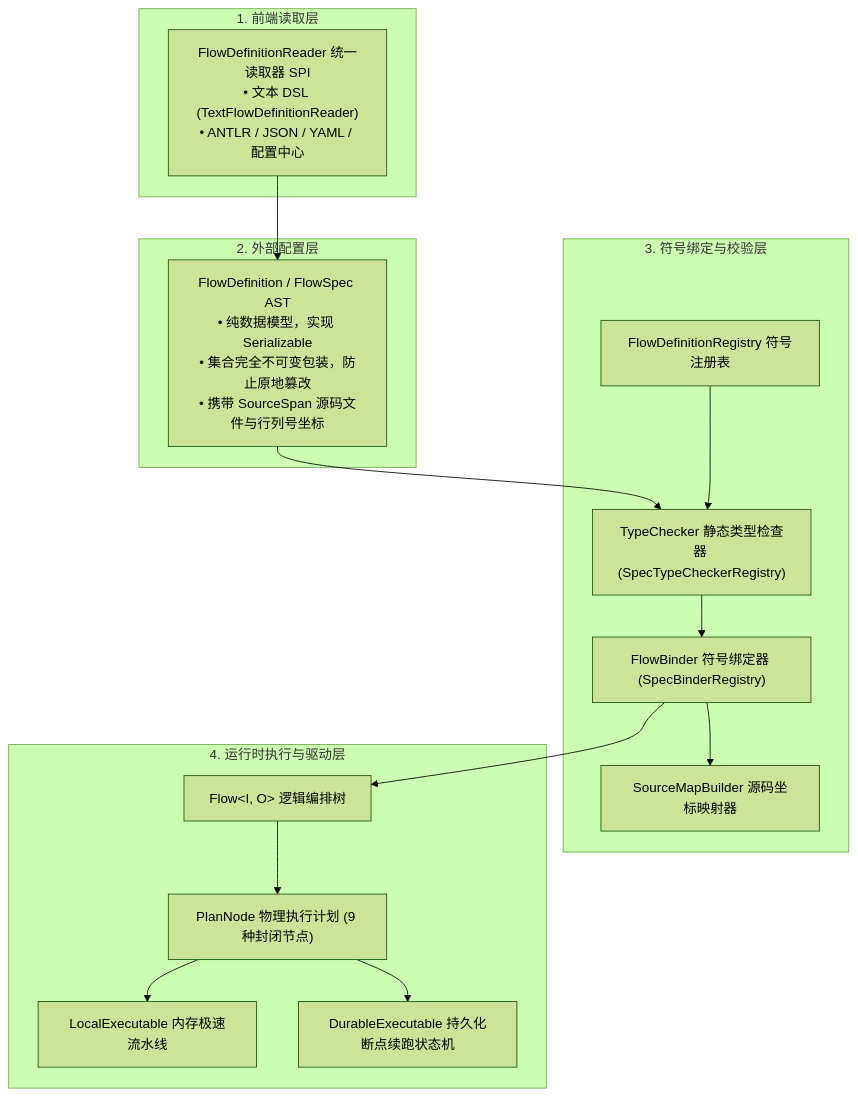
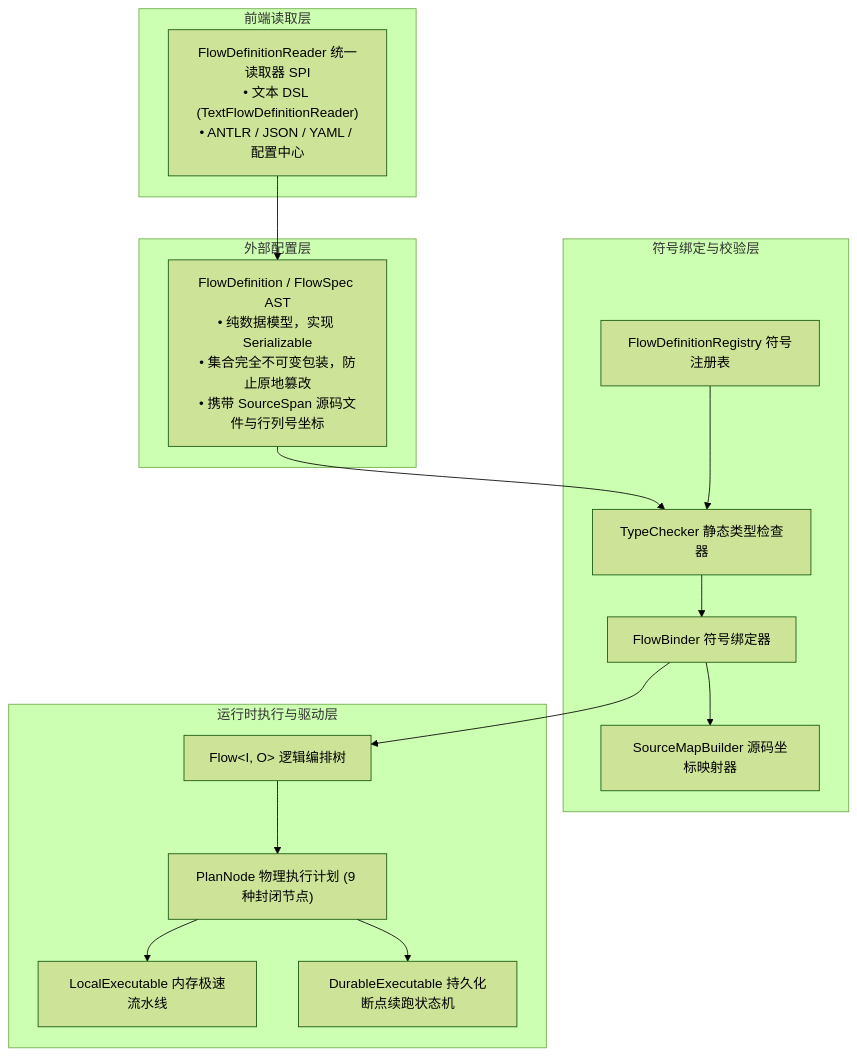
One commit to team4u/team4u-framework changed the second of 4 diagrams in docs/flow/flow-definition.md. Above: the diagram before and after it, drawn with Mermaid (forest theme). The commit also changed other lines of this file and 142 other files, not shown here.

````diff
--- a/docs/flow/flow-definition.md
+++ b/docs/flow/flow-definition.md
@@ -63,27 +63,27 @@
 ```mermaid
 graph TD
-    subgraph "1. 前端读取层"
+    subgraph "前端读取层"
         RDR["FlowDefinitionReader 统一读取器 SPI<br/>• 文本 DSL (TextFlowDefinitionReader)<br/>• ANTLR / JSON / YAML / 配置中心"]
     end
 
-    subgraph "2. 外部配置层"
+    subgraph "外部配置层"
         AST["FlowDefinition / FlowSpec AST<br/>• 纯数据模型，实现 Serializable<br/>• 集合完全不可变包装，防止原地篡改<br/>• 携带 SourceSpan 源码文件与行列号坐标"]
         RDR --> AST
     end
 
-    subgraph "3. 符号绑定与校验层"
+    subgraph "符号绑定与校验层"
         REG["FlowDefinitionRegistry 符号注册表"]
-        TC["TypeChecker 静态类型检查器 (SpecTypeCheckerRegistry)"]
-        FB["FlowBinder 符号绑定器 (SpecBinderRegistry)"]
+        TC["TypeChecker 静态类型检查器"]
+        FB["FlowBinder 符号绑定器"]
         SM["SourceMapBuilder 源码坐标映射器"]
         AST & REG --> TC --> FB --> SM
     end
 
-    subgraph "4. 运行时执行与驱动层"
+    subgraph "运行时执行与驱动层"
         LOG["Flow&lt;I, O&gt; 逻辑编排树"]
         PLAN["PlanNode 物理执行计划 (9 种封闭节点)"]
         FB --> LOG --> PLAN
         PLAN --> LOC["LocalExecutable 内存极速流水线"]
         PLAN --> DUR["DurableExecutable 持久化断点续跑状态机"]
     end
 ```
````
